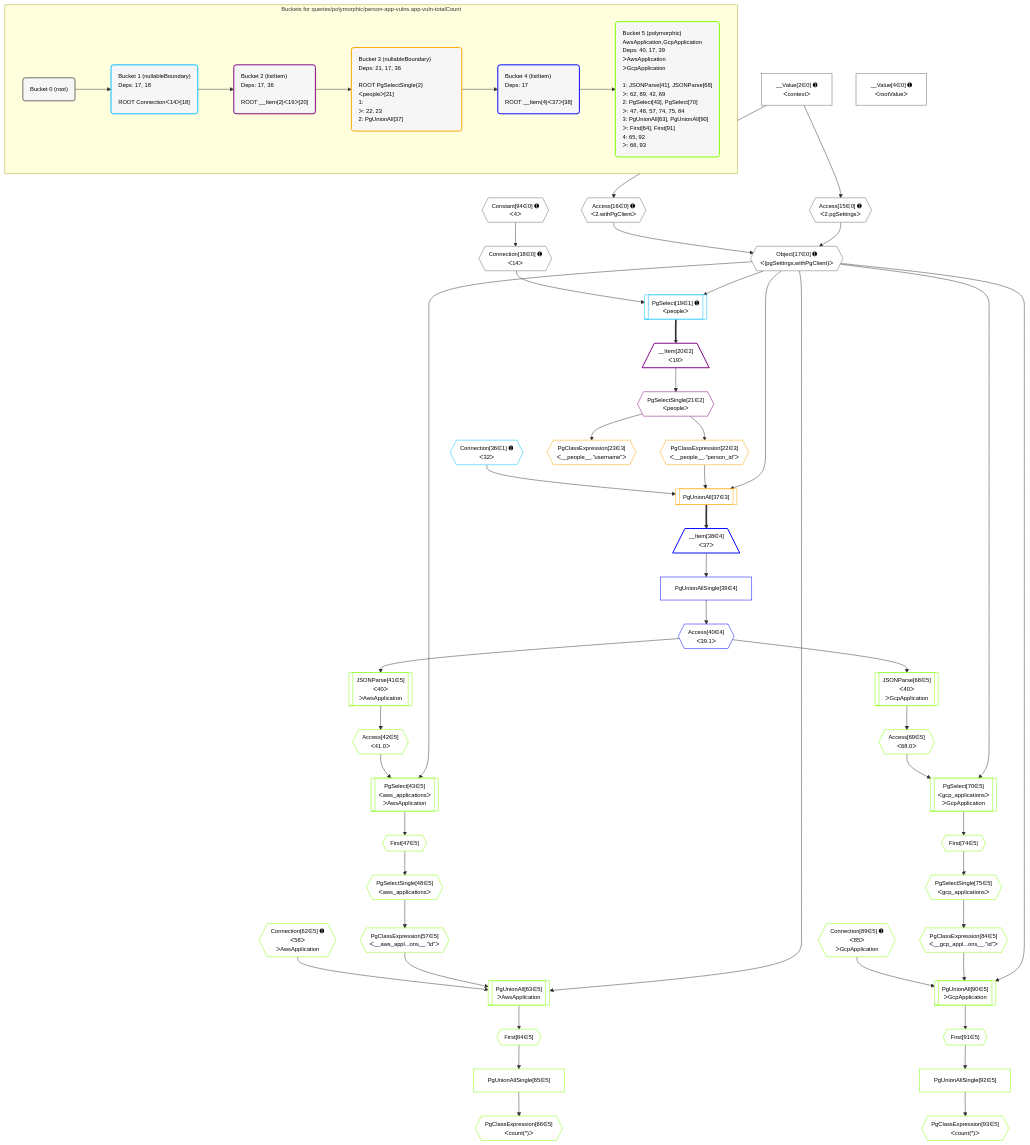
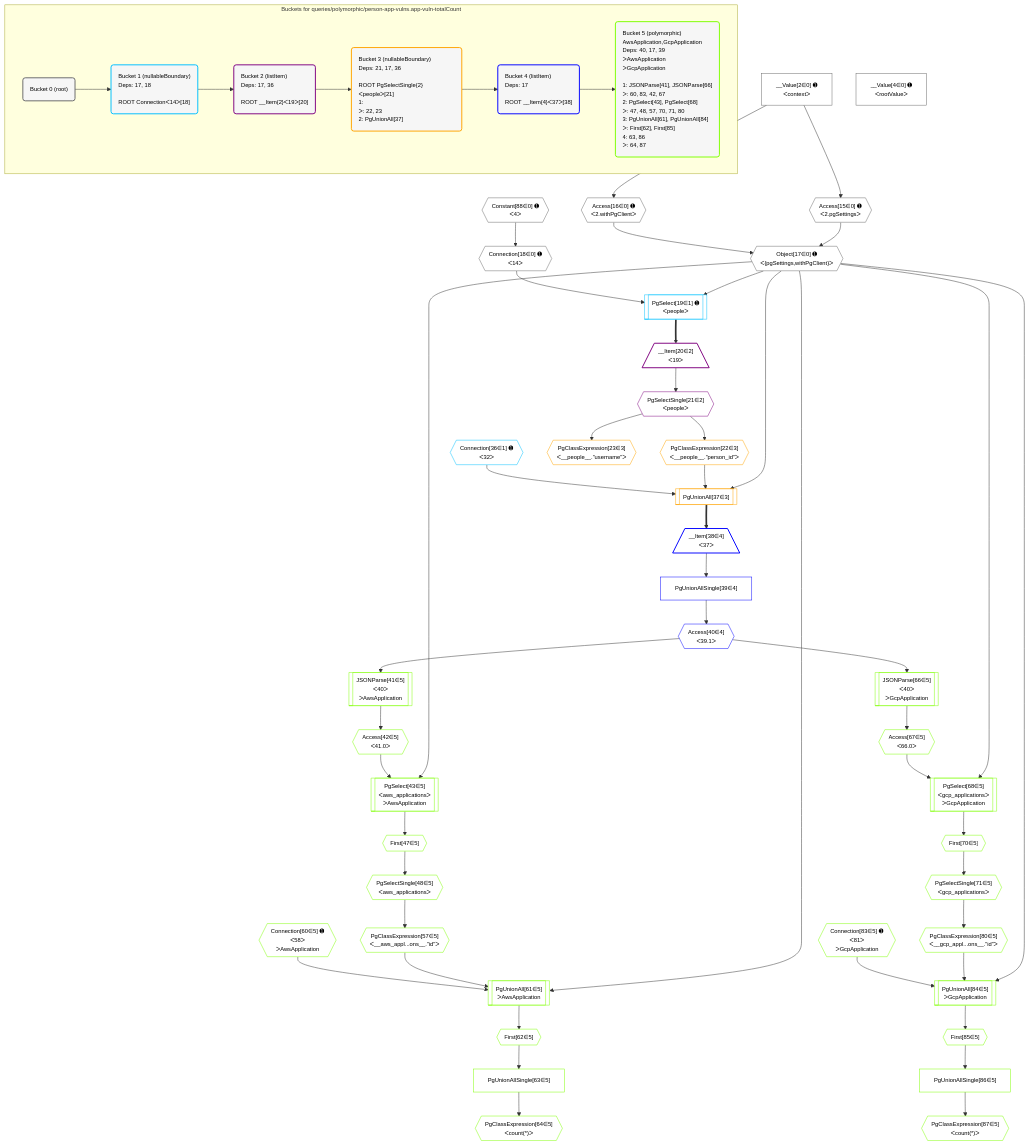
Before and after one commit to graphile/crystal: the diagram in postgraphile/postgraphile/__tests__/queries/polymorphic/person-app-vulns.app-vuln-totalCount.mermaid, drawn with Mermaid. The commit also changed 140 other files, not shown here.

```diff
--- a/postgraphile/postgraphile/__tests__/queries/polymorphic/person-app-vulns.app-vuln-totalCount.mermaid
+++ b/postgraphile/postgraphile/__tests__/queries/polymorphic/person-app-vulns.app-vuln-totalCount.mermaid
@@ -1,111 +1,111 @@
 %%{init: {'themeVariables': { 'fontSize': '12px'}}}%%
 graph TD
     classDef path fill:#eee,stroke:#000,color:#000
     classDef plan fill:#fff,stroke-width:1px,color:#000
     classDef itemplan fill:#fff,stroke-width:2px,color:#000
     classDef unbatchedplan fill:#dff,stroke-width:1px,color:#000
     classDef sideeffectplan fill:#fcc,stroke-width:2px,color:#000
     classDef bucket fill:#f6f6f6,color:#000,stroke-width:2px,text-align:left
 
 
     %% plan dependencies
     Object17{{"Object[17∈0] ➊<br />ᐸ{pgSettings,withPgClient}ᐳ"}}:::plan
     Access15{{"Access[15∈0] ➊<br />ᐸ2.pgSettingsᐳ"}}:::plan
     Access16{{"Access[16∈0] ➊<br />ᐸ2.withPgClientᐳ"}}:::plan
     Access15 & Access16 --> Object17
     __Value2["__Value[2∈0] ➊<br />ᐸcontextᐳ"]:::plan
     __Value2 --> Access15
     __Value2 --> Access16
     Connection18{{"Connection[18∈0] ➊<br />ᐸ14ᐳ"}}:::plan
-    Constant94{{"Constant[94∈0] ➊<br />ᐸ4ᐳ"}}:::plan
-    Constant94 --> Connection18
+    Constant88{{"Constant[88∈0] ➊<br />ᐸ4ᐳ"}}:::plan
+    Constant88 --> Connection18
     __Value4["__Value[4∈0] ➊<br />ᐸrootValueᐳ"]:::plan
     PgSelect19[["PgSelect[19∈1] ➊<br />ᐸpeopleᐳ"]]:::plan
     Object17 & Connection18 --> PgSelect19
     Connection36{{"Connection[36∈1] ➊<br />ᐸ32ᐳ"}}:::plan
     __Item20[/"__Item[20∈2]<br />ᐸ19ᐳ"\]:::itemplan
     PgSelect19 ==> __Item20
     PgSelectSingle21{{"PgSelectSingle[21∈2]<br />ᐸpeopleᐳ"}}:::plan
     __Item20 --> PgSelectSingle21
     PgUnionAll37[["PgUnionAll[37∈3]"]]:::plan
     PgClassExpression22{{"PgClassExpression[22∈3]<br />ᐸ__people__.”person_id”ᐳ"}}:::plan
     Object17 & PgClassExpression22 & Connection36 --> PgUnionAll37
     PgSelectSingle21 --> PgClassExpression22
     PgClassExpression23{{"PgClassExpression[23∈3]<br />ᐸ__people__.”username”ᐳ"}}:::plan
     PgSelectSingle21 --> PgClassExpression23
     __Item38[/"__Item[38∈4]<br />ᐸ37ᐳ"\]:::itemplan
     PgUnionAll37 ==> __Item38
     PgUnionAllSingle39["PgUnionAllSingle[39∈4]"]:::plan
     __Item38 --> PgUnionAllSingle39
     Access40{{"Access[40∈4]<br />ᐸ39.1ᐳ"}}:::plan
     PgUnionAllSingle39 --> Access40
-    PgUnionAll63[["PgUnionAll[63∈5]<br />ᐳAwsApplication"]]:::plan
+    PgUnionAll61[["PgUnionAll[61∈5]<br />ᐳAwsApplication"]]:::plan
     PgClassExpression57{{"PgClassExpression[57∈5]<br />ᐸ__aws_appl...ons__.”id”ᐳ"}}:::plan
-    Connection62{{"Connection[62∈5] ➊<br />ᐸ58ᐳ<br />ᐳAwsApplication"}}:::plan
-    Object17 & PgClassExpression57 & Connection62 --> PgUnionAll63
-    PgUnionAll90[["PgUnionAll[90∈5]<br />ᐳGcpApplication"]]:::plan
-    PgClassExpression84{{"PgClassExpression[84∈5]<br />ᐸ__gcp_appl...ons__.”id”ᐳ"}}:::plan
-    Connection89{{"Connection[89∈5] ➊<br />ᐸ85ᐳ<br />ᐳGcpApplication"}}:::plan
-    Object17 & PgClassExpression84 & Connection89 --> PgUnionAll90
+    Connection60{{"Connection[60∈5] ➊<br />ᐸ58ᐳ<br />ᐳAwsApplication"}}:::plan
+    Object17 & PgClassExpression57 & Connection60 --> PgUnionAll61
+    PgUnionAll84[["PgUnionAll[84∈5]<br />ᐳGcpApplication"]]:::plan
+    PgClassExpression80{{"PgClassExpression[80∈5]<br />ᐸ__gcp_appl...ons__.”id”ᐳ"}}:::plan
+    Connection83{{"Connection[83∈5] ➊<br />ᐸ81ᐳ<br />ᐳGcpApplication"}}:::plan
+    Object17 & PgClassExpression80 & Connection83 --> PgUnionAll84
     PgSelect43[["PgSelect[43∈5]<br />ᐸaws_applicationsᐳ<br />ᐳAwsApplication"]]:::plan
     Access42{{"Access[42∈5]<br />ᐸ41.0ᐳ"}}:::plan
     Object17 & Access42 --> PgSelect43
-    PgSelect70[["PgSelect[70∈5]<br />ᐸgcp_applicationsᐳ<br />ᐳGcpApplication"]]:::plan
-    Access69{{"Access[69∈5]<br />ᐸ68.0ᐳ"}}:::plan
-    Object17 & Access69 --> PgSelect70
+    PgSelect68[["PgSelect[68∈5]<br />ᐸgcp_applicationsᐳ<br />ᐳGcpApplication"]]:::plan
+    Access67{{"Access[67∈5]<br />ᐸ66.0ᐳ"}}:::plan
+    Object17 & Access67 --> PgSelect68
     JSONParse41[["JSONParse[41∈5]<br />ᐸ40ᐳ<br />ᐳAwsApplication"]]:::plan
     Access40 --> JSONParse41
     JSONParse41 --> Access42
     First47{{"First[47∈5]"}}:::plan
     PgSelect43 --> First47
     PgSelectSingle48{{"PgSelectSingle[48∈5]<br />ᐸaws_applicationsᐳ"}}:::plan
     First47 --> PgSelectSingle48
     PgSelectSingle48 --> PgClassExpression57
-    First64{{"First[64∈5]"}}:::plan
-    PgUnionAll63 --> First64
-    PgUnionAllSingle65["PgUnionAllSingle[65∈5]"]:::plan
-    First64 --> PgUnionAllSingle65
-    PgClassExpression66{{"PgClassExpression[66∈5]<br />ᐸcount(*)ᐳ"}}:::plan
-    PgUnionAllSingle65 --> PgClassExpression66
-    JSONParse68[["JSONParse[68∈5]<br />ᐸ40ᐳ<br />ᐳGcpApplication"]]:::plan
-    Access40 --> JSONParse68
-    JSONParse68 --> Access69
-    First74{{"First[74∈5]"}}:::plan
-    PgSelect70 --> First74
-    PgSelectSingle75{{"PgSelectSingle[75∈5]<br />ᐸgcp_applicationsᐳ"}}:::plan
-    First74 --> PgSelectSingle75
-    PgSelectSingle75 --> PgClassExpression84
-    First91{{"First[91∈5]"}}:::plan
-    PgUnionAll90 --> First91
-    PgUnionAllSingle92["PgUnionAllSingle[92∈5]"]:::plan
-    First91 --> PgUnionAllSingle92
-    PgClassExpression93{{"PgClassExpression[93∈5]<br />ᐸcount(*)ᐳ"}}:::plan
-    PgUnionAllSingle92 --> PgClassExpression93
+    First62{{"First[62∈5]"}}:::plan
+    PgUnionAll61 --> First62
+    PgUnionAllSingle63["PgUnionAllSingle[63∈5]"]:::plan
+    First62 --> PgUnionAllSingle63
+    PgClassExpression64{{"PgClassExpression[64∈5]<br />ᐸcount(*)ᐳ"}}:::plan
+    PgUnionAllSingle63 --> PgClassExpression64
+    JSONParse66[["JSONParse[66∈5]<br />ᐸ40ᐳ<br />ᐳGcpApplication"]]:::plan
+    Access40 --> JSONParse66
+    JSONParse66 --> Access67
+    First70{{"First[70∈5]"}}:::plan
+    PgSelect68 --> First70
+    PgSelectSingle71{{"PgSelectSingle[71∈5]<br />ᐸgcp_applicationsᐳ"}}:::plan
+    First70 --> PgSelectSingle71
+    PgSelectSingle71 --> PgClassExpression80
+    First85{{"First[85∈5]"}}:::plan
+    PgUnionAll84 --> First85
+    PgUnionAllSingle86["PgUnionAllSingle[86∈5]"]:::plan
+    First85 --> PgUnionAllSingle86
+    PgClassExpression87{{"PgClassExpression[87∈5]<br />ᐸcount(*)ᐳ"}}:::plan
+    PgUnionAllSingle86 --> PgClassExpression87
 
     %% define steps
 
     subgraph "Buckets for queries/polymorphic/person-app-vulns.app-vuln-totalCount"
     Bucket0("Bucket 0 (root)"):::bucket
     classDef bucket0 stroke:#696969
-    class Bucket0,__Value2,__Value4,Access15,Access16,Object17,Connection18,Constant94 bucket0
+    class Bucket0,__Value2,__Value4,Access15,Access16,Object17,Connection18,Constant88 bucket0
     Bucket1("Bucket 1 (nullableBoundary)<br />Deps: 17, 18<br /><br />ROOT Connectionᐸ14ᐳ[18]"):::bucket
     classDef bucket1 stroke:#00bfff
     class Bucket1,PgSelect19,Connection36 bucket1
     Bucket2("Bucket 2 (listItem)<br />Deps: 17, 36<br /><br />ROOT __Item{2}ᐸ19ᐳ[20]"):::bucket
     classDef bucket2 stroke:#7f007f
     class Bucket2,__Item20,PgSelectSingle21 bucket2
     Bucket3("Bucket 3 (nullableBoundary)<br />Deps: 21, 17, 36<br /><br />ROOT PgSelectSingle{2}ᐸpeopleᐳ[21]<br />1: <br />ᐳ: 22, 23<br />2: PgUnionAll[37]"):::bucket
     classDef bucket3 stroke:#ffa500
     class Bucket3,PgClassExpression22,PgClassExpression23,PgUnionAll37 bucket3
     Bucket4("Bucket 4 (listItem)<br />Deps: 17<br /><br />ROOT __Item{4}ᐸ37ᐳ[38]"):::bucket
     classDef bucket4 stroke:#0000ff
     class Bucket4,__Item38,PgUnionAllSingle39,Access40 bucket4
-    Bucket5("Bucket 5 (polymorphic)<br />AwsApplication,GcpApplication<br />Deps: 40, 17, 39<br />ᐳAwsApplication<br />ᐳGcpApplication<br /><br />1: JSONParse[41], JSONParse[68]<br />ᐳ: 62, 89, 42, 69<br />2: PgSelect[43], PgSelect[70]<br />ᐳ: 47, 48, 57, 74, 75, 84<br />3: PgUnionAll[63], PgUnionAll[90]<br />ᐳ: First[64], First[91]<br />4: 65, 92<br />ᐳ: 66, 93"):::bucket
+    Bucket5("Bucket 5 (polymorphic)<br />AwsApplication,GcpApplication<br />Deps: 40, 17, 39<br />ᐳAwsApplication<br />ᐳGcpApplication<br /><br />1: JSONParse[41], JSONParse[66]<br />ᐳ: 60, 83, 42, 67<br />2: PgSelect[43], PgSelect[68]<br />ᐳ: 47, 48, 57, 70, 71, 80<br />3: PgUnionAll[61], PgUnionAll[84]<br />ᐳ: First[62], First[85]<br />4: 63, 86<br />ᐳ: 64, 87"):::bucket
     classDef bucket5 stroke:#7fff00
-    class Bucket5,JSONParse41,Access42,PgSelect43,First47,PgSelectSingle48,PgClassExpression57,Connection62,PgUnionAll63,First64,PgUnionAllSingle65,PgClassExpression66,JSONParse68,Access69,PgSelect70,First74,PgSelectSingle75,PgClassExpression84,Connection89,PgUnionAll90,First91,PgUnionAllSingle92,PgClassExpression93 bucket5
+    class Bucket5,JSONParse41,Access42,PgSelect43,First47,PgSelectSingle48,PgClassExpression57,Connection60,PgUnionAll61,First62,PgUnionAllSingle63,PgClassExpression64,JSONParse66,Access67,PgSelect68,First70,PgSelectSingle71,PgClassExpression80,Connection83,PgUnionAll84,First85,PgUnionAllSingle86,PgClassExpression87 bucket5
     Bucket0 --> Bucket1
     Bucket1 --> Bucket2
     Bucket2 --> Bucket3
     Bucket3 --> Bucket4
     Bucket4 --> Bucket5
     end
```
